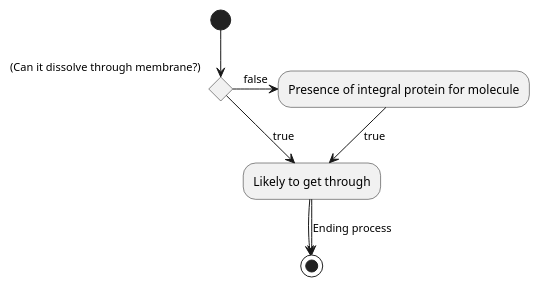
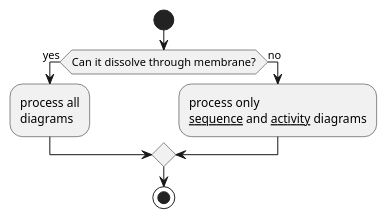
The diagram in Biology/Cell-Biology/Cell-Membrane.md (ashwinreddy/wiki), drawn with PlantUML before and after one commit.

Commit message:
Updated Cell%20Membrane (markdown)

```diff
--- a/Biology/Cell-Biology/Cell-Membrane.md
+++ b/Biology/Cell-Biology/Cell-Membrane.md
@@ -40,10 +40,10 @@
 @startuml
-(*) --> if (Can it dissolve through membrane?) then
-  -->[true] "Likely to get through"
-  -right-> (*)
-else
-  ->[false] "Presence of integral protein for molecule"
-  -->[true] "Likely to get through"
-  -->[Ending process] (*)
+start
+if (Can it dissolve through membrane?) then (yes)
+  :process all\ndiagrams;
+else (no)
+  :process only
+  __sequence__ and __activity__ diagrams;
 endif
+stop
 @enduml
```
